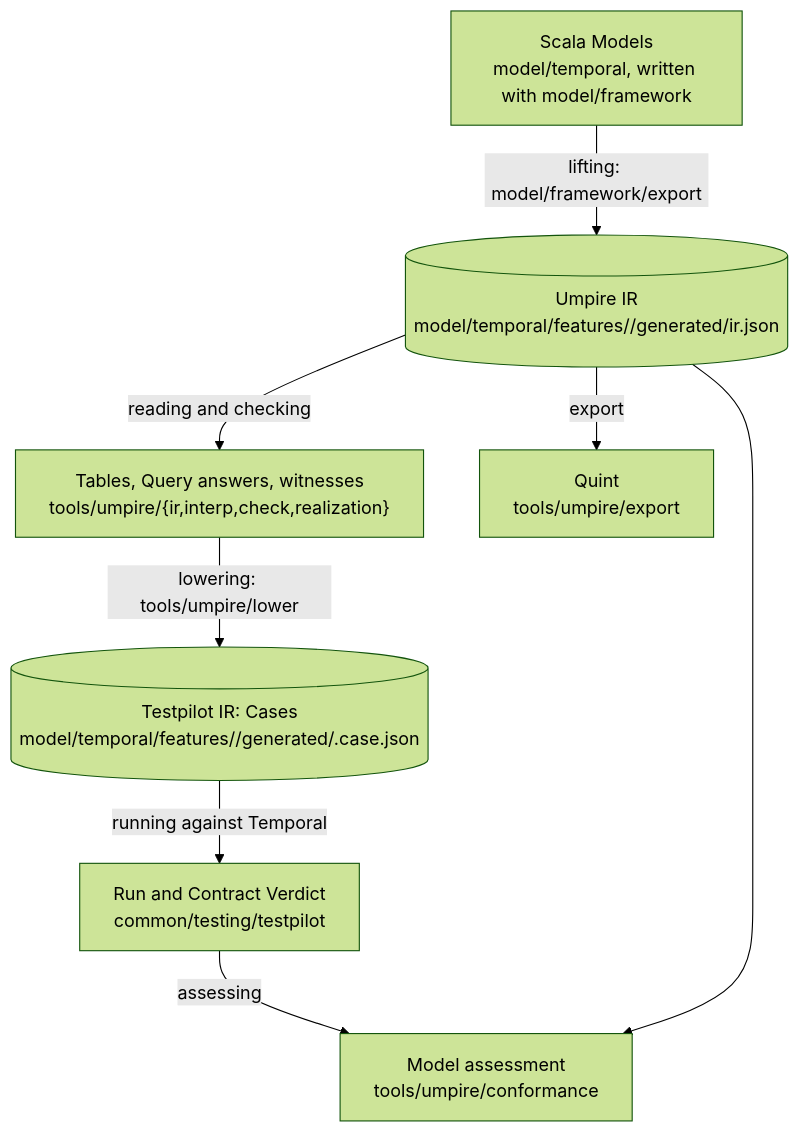
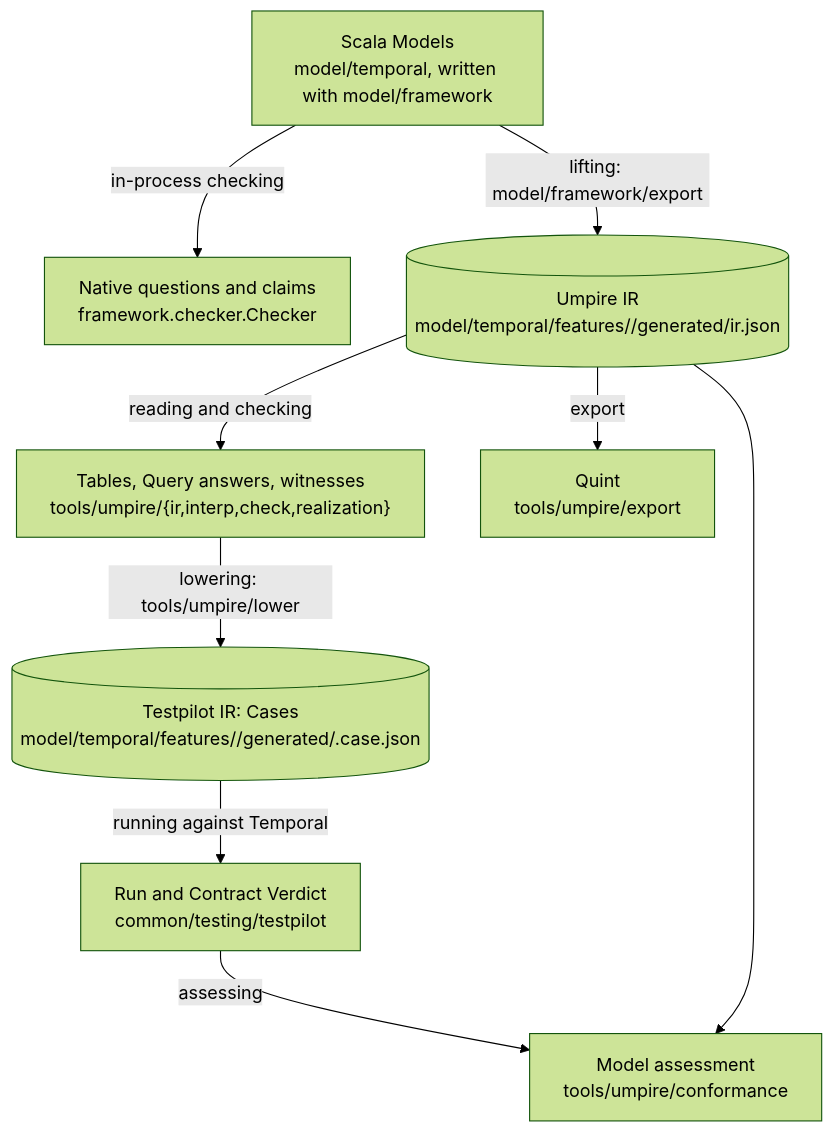
One commit to stephanos/temporal changed the diagram in model/README.md. Above: the diagram before and after it, drawn with Mermaid (forest theme). The commit also changed other lines of this file and 3 other files, not shown here.

First line of the commit message:
docs(model): make the native Scala oracle direction explicit

````diff
--- a/model/README.md
+++ b/model/README.md
@@ -163,18 +179,20 @@
 ```mermaid
 flowchart TD
     scala["Scala Models<br/>model/temporal, written with model/framework"]
+    native["Native questions and claims<br/>framework.checker.Checker"]
     uir[("Umpire IR<br/>model/temporal/features/<feature>/generated/ir.json")]
     reader["Tables, Query answers, witnesses<br/>tools/umpire/{ir,interp,check,realization}"]
     tir[("Testpilot IR: Cases<br/>model/temporal/features/<feature>/generated/<query>.case.json")]
     run["Run and Contract Verdict<br/>common/testing/testpilot"]
     assessment["Model assessment<br/>tools/umpire/conformance"]
     other["Quint<br/>tools/umpire/export"]
 
+    scala -->|"in-process checking"| native
     scala -->|"lifting: model/framework/export"| uir
     uir -->|"reading and checking"| reader
     reader -->|"lowering: tools/umpire/lower"| tir
     tir -->|"running against Temporal"| run
     run -->|"assessing"| assessment
     uir --> assessment
     uir -->|"export"| other
 ```
````
